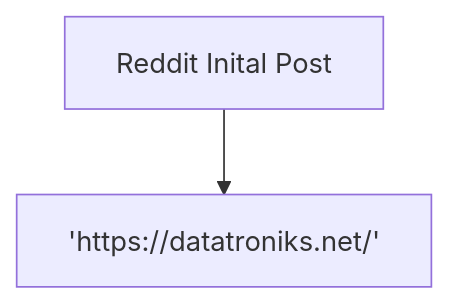
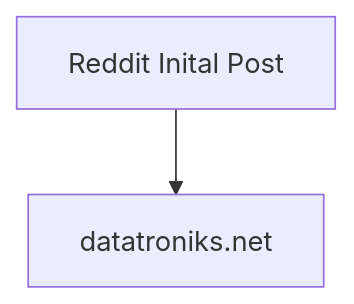
One commit to d-brtn/datatroniks_arg_data changed the diagram in overview.md. Above: the diagram before and after it, drawn with Mermaid.

````diff
--- a/overview.md
+++ b/overview.md
@@ -3,5 +3,5 @@
 ```mermaid
     flowchart TD
-    A[Reddit Inital Post<a href=//reddit.com/r/ARG/comments/150eswe/found_this_on_a_lamppost_think_someone_is_trying/> ] --> B['https://datatroniks.net/'];
+    A[Reddit Inital Post<a href=//reddit.com/r/ARG/comments/150eswe/found_this_on_a_lamppost_think_someone_is_trying/> ] --> B[datatroniks.net];
 
 ```
````
